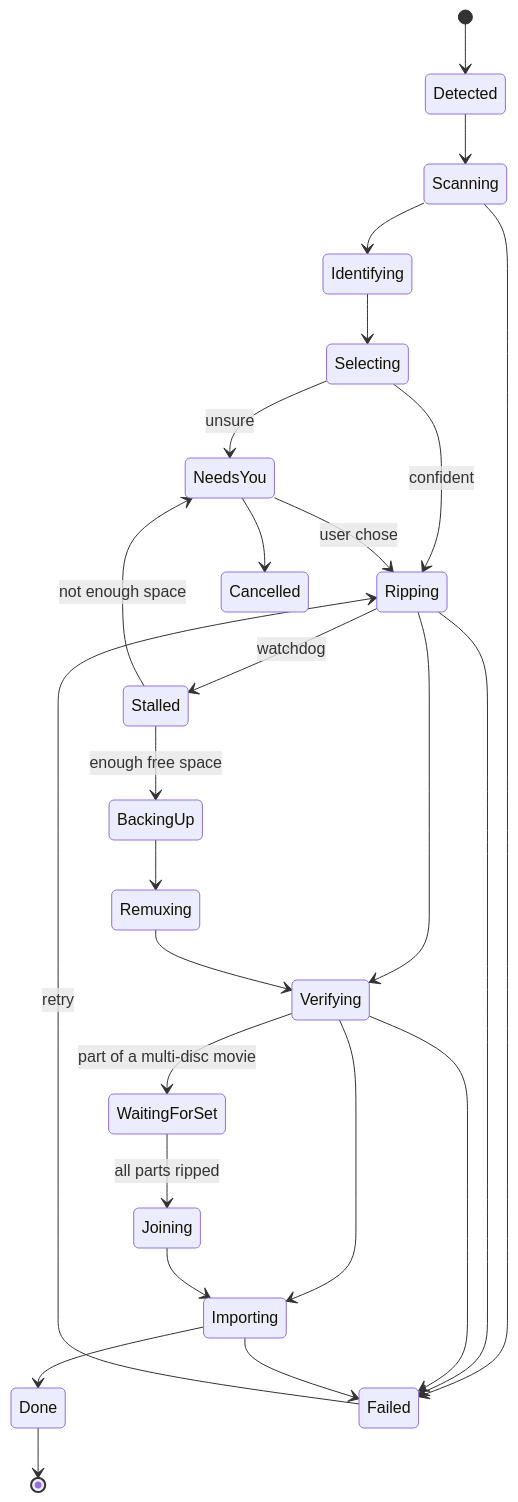
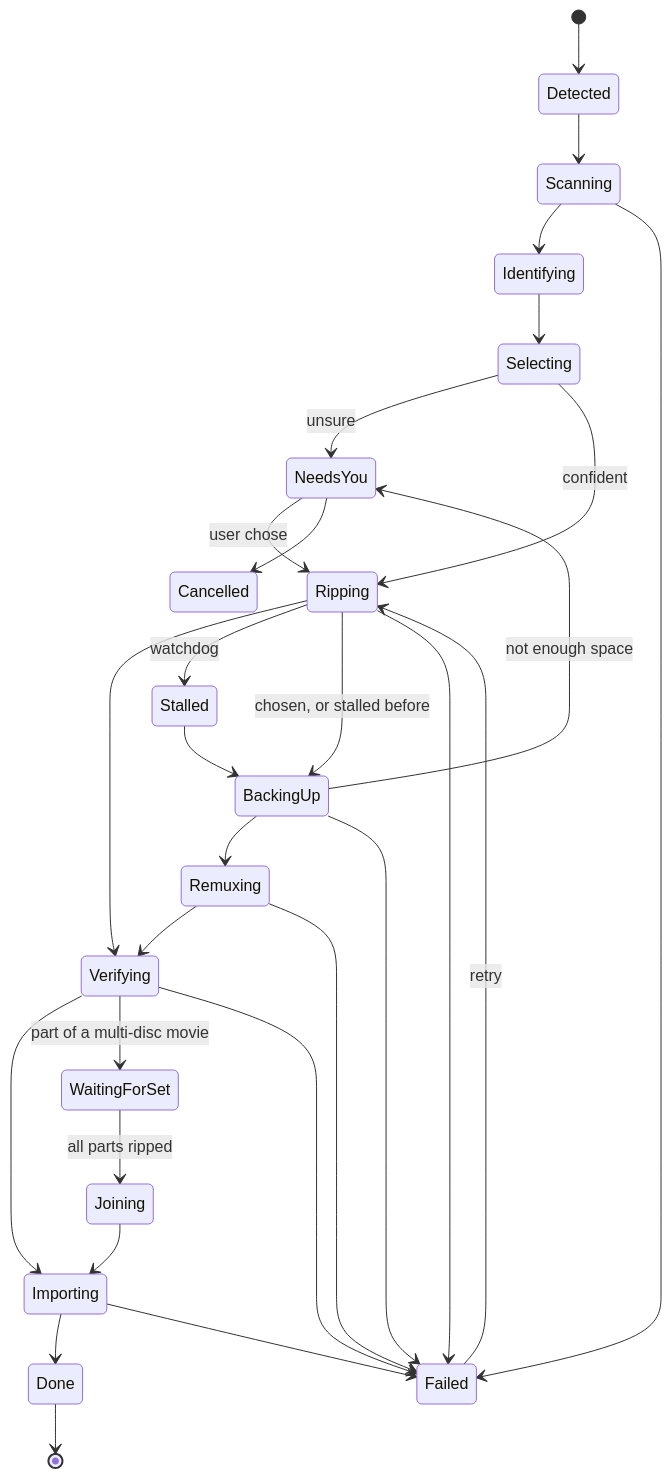
The fourth of 4 diagrams in docs/DESIGN.md (danvanton/discern), drawn with Mermaid before and after one commit. The commit also changed other lines of this file and 33 other files, not shown here.

````diff
--- a/docs/DESIGN.md
+++ b/docs/DESIGN.md
@@ -243,28 +243,31 @@
 ```mermaid
 stateDiagram-v2
     [*] --> Detected
     Detected --> Scanning
     Scanning --> Identifying
     Identifying --> Selecting
     Selecting --> NeedsYou: unsure
     Selecting --> Ripping: confident
     NeedsYou --> Ripping: user chose
     NeedsYou --> Cancelled
     Ripping --> Verifying
     Ripping --> Stalled: watchdog
-    Stalled --> BackingUp: enough free space
-    Stalled --> NeedsYou: not enough space
+    Ripping --> BackingUp: chosen, or stalled before
+    Stalled --> BackingUp
+    BackingUp --> NeedsYou: not enough space
     BackingUp --> Remuxing
     Remuxing --> Verifying
     Verifying --> Importing
     Verifying --> WaitingForSet: part of a multi-disc movie
     WaitingForSet --> Joining: all parts ripped
     Joining --> Importing
     Importing --> Done
     Scanning --> Failed
     Ripping --> Failed
+    BackingUp --> Failed
+    Remuxing --> Failed
     Verifying --> Failed
     Importing --> Failed
     Failed --> Ripping: retry
     Done --> [*]
 ```
````
